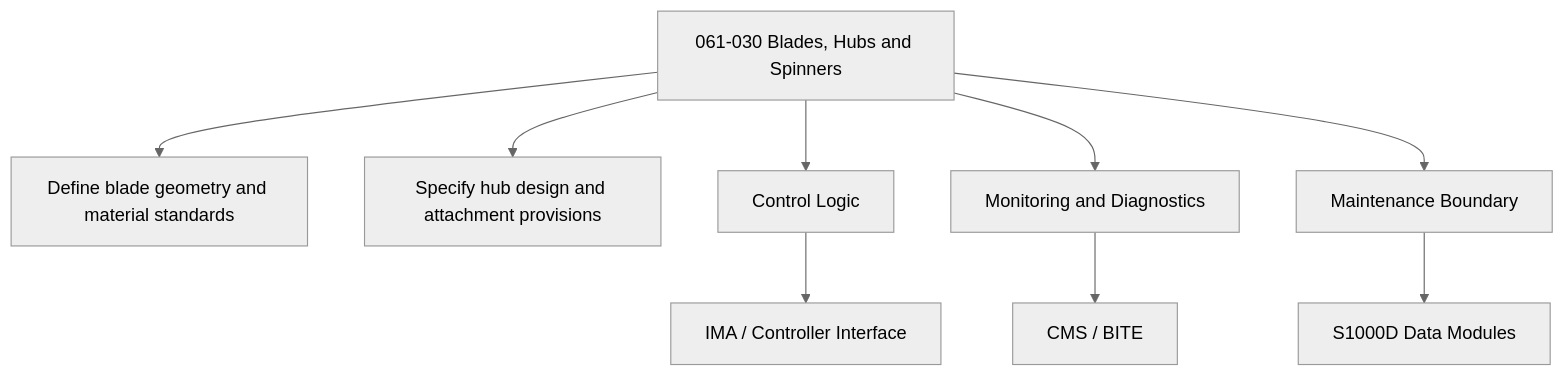
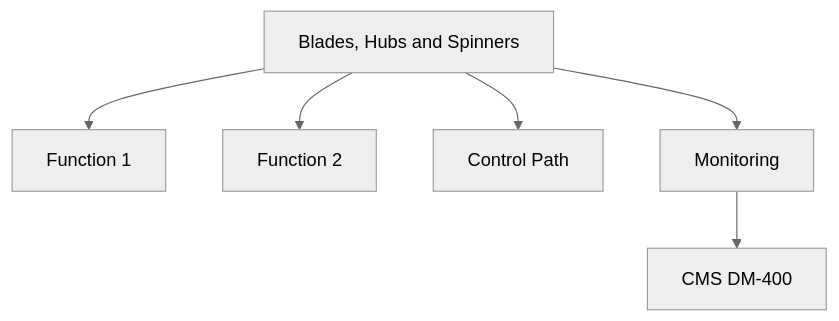
The second of 2 diagrams in Q+ATLANTIDE/000-099_ATLAS/060-069_Propulsion-Tradicional/061_Propellers-and-Propulsors/061-030-Blades-Hubs-and-Spinners.md (AmedeoPelliccia/Qplus-For-All-Queer-People-and-Quantum), drawn with Mermaid (neutral theme) before and after one commit. The commit also changed other lines of this file and 74 other files, not shown here.

````diff
--- a/Q+ATLANTIDE/000-099_ATLAS/060-069_Propulsion-Tradicional/061_Propellers-and-Propulsors/061-030-Blades-Hubs-and-Spinners.md
+++ b/Q+ATLANTIDE/000-099_ATLAS/060-069_Propulsion-Tradicional/061_Propellers-and-Propulsors/061-030-Blades-Hubs-and-Spinners.md
@@ -172,11 +105,8 @@
 ```mermaid
 flowchart TB
-    SYS[061-030 Blades, Hubs and Spinners] --> F1[Define blade geometry and material standards]
-    SYS --> F2[Specify hub design and attachment provisions]
-    SYS --> CTRL[Control Logic]
-    SYS --> MON[Monitoring and Diagnostics]
-    SYS --> MAINT[Maintenance Boundary]
-    CTRL --> IMA[IMA / Controller Interface]
-    MON --> CMS[CMS / BITE]
-    MAINT --> CSDB[S1000D Data Modules]
+    SYS[Blades, Hubs and Spinners] --> F1[Function 1]
+    SYS --> F2[Function 2]
+    SYS --> CTRL[Control Path]
+    SYS --> MON[Monitoring]
+    MON --> CMS[CMS DM-400]
 ```
````
